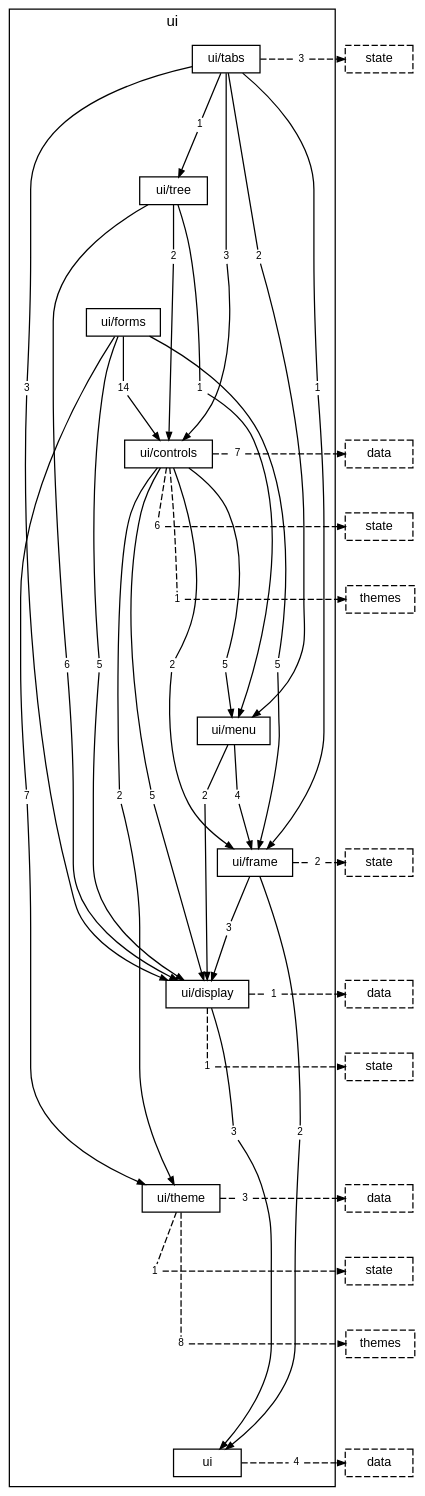
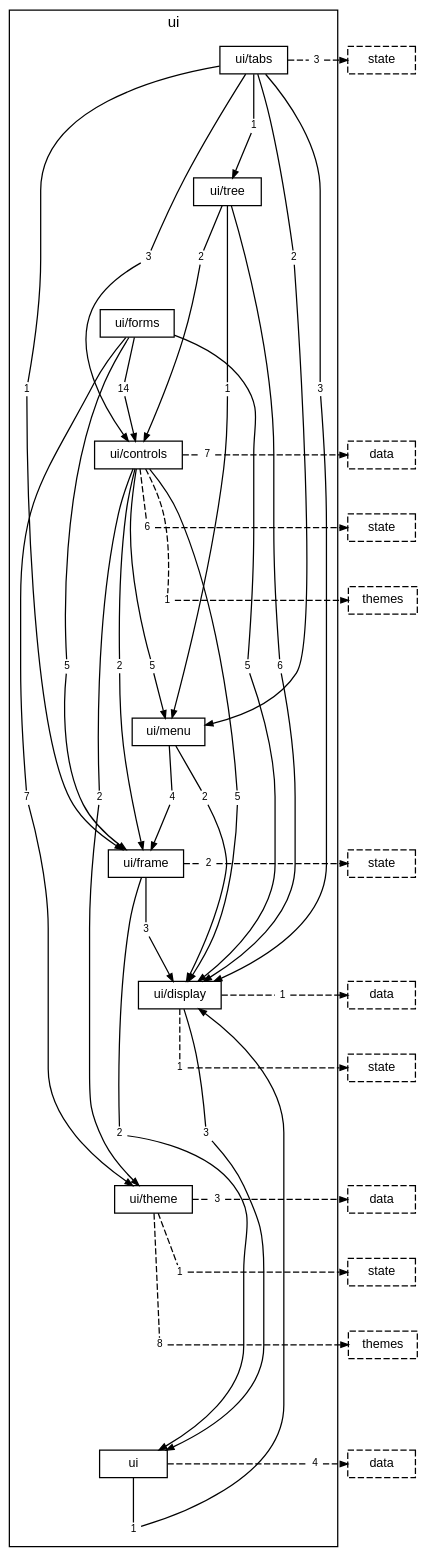
Before and after one commit to TheAxeC/oculus: the diagram in docs/diagrams/layer-ui.dot, drawn with Graphviz. The commit also changed 35 other files, not shown here.

```diff
--- a/docs/diagrams/layer-ui.dot
+++ b/docs/diagrams/layer-ui.dot
@@ -1,143 +1,146 @@
 digraph layer_ui {
     graph [bgcolor="transparent", rankdir=TB, newrank=true, mclimit=4, fontname="Helvetica", fontsize=12, nodesep=0.2, ranksep=0.5];
     node [shape=box, color="black", fontcolor="black", fontname="Helvetica", fontsize=10, height=0.3, margin="0.12,0.04"];
     edge [color="black", fontcolor="black", fontname="Helvetica", fontsize=8, arrowsize=0.6];
     subgraph "cluster_ui" {
         label="ui"; style=solid;
         "folder ui/tabs" [label="ui/tabs"];
         "folder ui/tree" [label="ui/tree"];
         "folder ui/forms" [label="ui/forms"];
         "folder ui/controls" [label="ui/controls"];
         "folder ui/menu" [label="ui/menu"];
         "folder ui/frame" [label="ui/frame"];
         "folder ui/display" [label="ui/display"];
         "folder ui/theme" [label="ui/theme"];
         "folder ui" [label="ui"];
         "folder ui/tabs to folder ui/controls" [label="3", shape=box, color="transparent", fontsize=8, width=0, height=0, margin="0.04,0.02"];
         "folder ui/tabs to folder ui/display" [label="3", shape=box, color="transparent", fontsize=8, width=0, height=0, margin="0.04,0.02"];
         "folder ui/tabs to folder ui/frame" [label="1", shape=box, color="transparent", fontsize=8, width=0, height=0, margin="0.04,0.02"];
         "folder ui/tabs to folder ui/menu" [label="2", shape=box, color="transparent", fontsize=8, width=0, height=0, margin="0.04,0.02"];
         "folder ui/tabs to folder ui/tree" [label="1", shape=box, color="transparent", fontsize=8, width=0, height=0, margin="0.04,0.02"];
         "folder ui/tabs to layer state" [label="3", shape=box, color="transparent", fontsize=8, width=0, height=0, margin="0.04,0.02"];
         "folder ui/tree to folder ui/controls" [label="2", shape=box, color="transparent", fontsize=8, width=0, height=0, margin="0.04,0.02"];
         "folder ui/tree to folder ui/display" [label="6", shape=box, color="transparent", fontsize=8, width=0, height=0, margin="0.04,0.02"];
         "folder ui/tree to folder ui/menu" [label="1", shape=box, color="transparent", fontsize=8, width=0, height=0, margin="0.04,0.02"];
         "folder ui/forms to folder ui/controls" [label="14", shape=box, color="transparent", fontsize=8, width=0, height=0, margin="0.04,0.02"];
         "folder ui/forms to folder ui/display" [label="5", shape=box, color="transparent", fontsize=8, width=0, height=0, margin="0.04,0.02"];
         "folder ui/forms to folder ui/frame" [label="5", shape=box, color="transparent", fontsize=8, width=0, height=0, margin="0.04,0.02"];
         "folder ui/forms to folder ui/theme" [label="7", shape=box, color="transparent", fontsize=8, width=0, height=0, margin="0.04,0.02"];
         "folder ui/controls to folder ui/display" [label="5", shape=box, color="transparent", fontsize=8, width=0, height=0, margin="0.04,0.02"];
         "folder ui/controls to folder ui/frame" [label="2", shape=box, color="transparent", fontsize=8, width=0, height=0, margin="0.04,0.02"];
         "folder ui/controls to folder ui/menu" [label="5", shape=box, color="transparent", fontsize=8, width=0, height=0, margin="0.04,0.02"];
         "folder ui/controls to folder ui/theme" [label="2", shape=box, color="transparent", fontsize=8, width=0, height=0, margin="0.04,0.02"];
         "folder ui/controls to layer data" [label="7", shape=box, color="transparent", fontsize=8, width=0, height=0, margin="0.04,0.02"];
         "folder ui/controls to layer state" [label="6", shape=box, color="transparent", fontsize=8, width=0, height=0, margin="0.04,0.02"];
         "folder ui/controls to layer themes" [label="1", shape=box, color="transparent", fontsize=8, width=0, height=0, margin="0.04,0.02"];
         "folder ui/menu to folder ui/display" [label="2", shape=box, color="transparent", fontsize=8, width=0, height=0, margin="0.04,0.02"];
         "folder ui/menu to folder ui/frame" [label="4", shape=box, color="transparent", fontsize=8, width=0, height=0, margin="0.04,0.02"];
         "folder ui/frame to folder ui" [label="2", shape=box, color="transparent", fontsize=8, width=0, height=0, margin="0.04,0.02"];
         "folder ui/frame to folder ui/display" [label="3", shape=box, color="transparent", fontsize=8, width=0, height=0, margin="0.04,0.02"];
         "folder ui/frame to layer state" [label="2", shape=box, color="transparent", fontsize=8, width=0, height=0, margin="0.04,0.02"];
         "folder ui/display to folder ui" [label="3", shape=box, color="transparent", fontsize=8, width=0, height=0, margin="0.04,0.02"];
         "folder ui/display to layer data" [label="1", shape=box, color="transparent", fontsize=8, width=0, height=0, margin="0.04,0.02"];
         "folder ui/display to layer state" [label="1", shape=box, color="transparent", fontsize=8, width=0, height=0, margin="0.04,0.02"];
         "folder ui/theme to layer data" [label="3", shape=box, color="transparent", fontsize=8, width=0, height=0, margin="0.04,0.02"];
         "folder ui/theme to layer state" [label="1", shape=box, color="transparent", fontsize=8, width=0, height=0, margin="0.04,0.02"];
         "folder ui/theme to layer themes" [label="8", shape=box, color="transparent", fontsize=8, width=0, height=0, margin="0.04,0.02"];
+        "folder ui to folder ui/display" [label="1", shape=box, color="transparent", fontsize=8, width=0, height=0, margin="0.04,0.02"];
         "folder ui to layer data" [label="4", shape=box, color="transparent", fontsize=8, width=0, height=0, margin="0.04,0.02"];
     }
     "layer state from folder ui/tabs" [label="state", style=dashed];
     "layer data from folder ui/controls" [label="data", style=dashed];
     "layer state from folder ui/controls" [label="state", style=dashed];
     "layer themes from folder ui/controls" [label="themes", style=dashed];
     "layer state from folder ui/frame" [label="state", style=dashed];
     "layer data from folder ui/display" [label="data", style=dashed];
     "layer state from folder ui/display" [label="state", style=dashed];
     "layer data from folder ui/theme" [label="data", style=dashed];
     "layer state from folder ui/theme" [label="state", style=dashed];
     "layer themes from folder ui/theme" [label="themes", style=dashed];
     "layer data from folder ui" [label="data", style=dashed];
     "folder ui/tabs" -> "folder ui/tree" [style=invis, weight=10, minlen=2];
     "folder ui/tree" -> "folder ui/forms" [style=invis, weight=10, minlen=2];
     "folder ui/forms" -> "folder ui/controls" [style=invis, weight=10, minlen=2];
     "folder ui/controls" -> "folder ui/menu" [style=invis, weight=10, minlen=4];
     "folder ui/menu" -> "folder ui/frame" [style=invis, weight=10, minlen=2];
     "folder ui/frame" -> "folder ui/display" [style=invis, weight=10, minlen=2];
     "folder ui/display" -> "folder ui/theme" [style=invis, weight=10, minlen=3];
     "folder ui/theme" -> "folder ui" [style=invis, weight=10, minlen=4];
     "folder ui/tabs" -> "folder ui/tabs to folder ui/controls" [arrowhead=none, minlen=3, weight=10];
     "folder ui/tabs to folder ui/controls" -> "folder ui/controls" [];
     "folder ui/tabs" -> "folder ui/tabs to folder ui/display" [arrowhead=none, minlen=5, weight=10];
     "folder ui/tabs to folder ui/display" -> "folder ui/display" [];
     "folder ui/tabs" -> "folder ui/tabs to folder ui/frame" [arrowhead=none, minlen=5, weight=10];
     "folder ui/tabs to folder ui/frame" -> "folder ui/frame" [];
     "folder ui/tabs" -> "folder ui/tabs to folder ui/menu" [arrowhead=none, minlen=3, weight=10];
     "folder ui/tabs to folder ui/menu" -> "folder ui/menu" [];
     "folder ui/tabs" -> "folder ui/tabs to folder ui/tree" [arrowhead=none, minlen=1, weight=10];
     "folder ui/tabs to folder ui/tree" -> "folder ui/tree" [];
     "folder ui/tabs" -> "folder ui/tabs to layer state" [arrowhead=none, style=dashed];
     "folder ui/tabs to layer state" -> "layer state from folder ui/tabs" [style=dashed];
     { rank=same; "folder ui/tabs"; "folder ui/tabs to layer state"; "layer state from folder ui/tabs"; }
     "folder ui/tree" -> "folder ui/tree to folder ui/controls" [arrowhead=none, minlen=1, weight=10];
     "folder ui/tree to folder ui/controls" -> "folder ui/controls" [];
     "folder ui/tree" -> "folder ui/tree to folder ui/display" [arrowhead=none, minlen=7, weight=10];
     "folder ui/tree to folder ui/display" -> "folder ui/display" [];
     "folder ui/tree" -> "folder ui/tree to folder ui/menu" [arrowhead=none, minlen=3, weight=10];
     "folder ui/tree to folder ui/menu" -> "folder ui/menu" [];
     "folder ui/forms" -> "folder ui/forms to folder ui/controls" [arrowhead=none, minlen=1, weight=10];
     "folder ui/forms to folder ui/controls" -> "folder ui/controls" [];
     "folder ui/forms" -> "folder ui/forms to folder ui/display" [arrowhead=none, minlen=5, weight=10];
     "folder ui/forms to folder ui/display" -> "folder ui/display" [];
     "folder ui/forms" -> "folder ui/forms to folder ui/frame" [arrowhead=none, minlen=5, weight=10];
     "folder ui/forms to folder ui/frame" -> "folder ui/frame" [];
     "folder ui/forms" -> "folder ui/forms to folder ui/theme" [arrowhead=none, minlen=7, weight=10];
     "folder ui/forms to folder ui/theme" -> "folder ui/theme" [];
     "folder ui/controls" -> "folder ui/controls to folder ui/display" [arrowhead=none, minlen=5, weight=10];
     "folder ui/controls to folder ui/display" -> "folder ui/display" [];
     "folder ui/controls" -> "folder ui/controls to folder ui/frame" [arrowhead=none, minlen=3, weight=10];
     "folder ui/controls to folder ui/frame" -> "folder ui/frame" [];
     "folder ui/controls" -> "folder ui/controls to folder ui/menu" [arrowhead=none, minlen=3, weight=10];
     "folder ui/controls to folder ui/menu" -> "folder ui/menu" [];
     "folder ui/controls" -> "folder ui/controls to folder ui/theme" [arrowhead=none, minlen=5, weight=10];
     "folder ui/controls to folder ui/theme" -> "folder ui/theme" [];
     "folder ui/controls" -> "folder ui/controls to layer data" [arrowhead=none, style=dashed];
     "folder ui/controls to layer data" -> "layer data from folder ui/controls" [style=dashed];
     { rank=same; "folder ui/controls"; "folder ui/controls to layer data"; "layer data from folder ui/controls"; }
     "folder ui/controls" -> "folder ui/controls to layer state" [arrowhead=none, style=dashed, minlen=1, weight=10];
     "folder ui/controls to layer state" -> "layer state from folder ui/controls" [style=dashed];
     { rank=same; "folder ui/controls to layer state"; "layer state from folder ui/controls"; }
     "folder ui/controls" -> "folder ui/controls to layer themes" [arrowhead=none, style=dashed, minlen=2, weight=10];
     "folder ui/controls to layer themes" -> "layer themes from folder ui/controls" [style=dashed];
     { rank=same; "folder ui/controls to layer themes"; "layer themes from folder ui/controls"; }
     "folder ui/menu" -> "folder ui/menu to folder ui/display" [arrowhead=none, minlen=1, weight=10];
     "folder ui/menu to folder ui/display" -> "folder ui/display" [];
     "folder ui/menu" -> "folder ui/menu to folder ui/frame" [arrowhead=none, minlen=1, weight=10];
     "folder ui/menu to folder ui/frame" -> "folder ui/frame" [];
     "folder ui/frame" -> "folder ui/frame to folder ui" [arrowhead=none, minlen=4, weight=10];
     "folder ui/frame to folder ui" -> "folder ui" [];
     "folder ui/frame" -> "folder ui/frame to folder ui/display" [arrowhead=none, minlen=1, weight=10];
     "folder ui/frame to folder ui/display" -> "folder ui/display" [];
     "folder ui/frame" -> "folder ui/frame to layer state" [arrowhead=none, style=dashed];
     "folder ui/frame to layer state" -> "layer state from folder ui/frame" [style=dashed];
     { rank=same; "folder ui/frame"; "folder ui/frame to layer state"; "layer state from folder ui/frame"; }
     "folder ui/display" -> "folder ui/display to folder ui" [arrowhead=none, minlen=2, weight=10];
     "folder ui/display to folder ui" -> "folder ui" [];
     "folder ui/display" -> "folder ui/display to layer data" [arrowhead=none, style=dashed];
     "folder ui/display to layer data" -> "layer data from folder ui/display" [style=dashed];
     { rank=same; "folder ui/display"; "folder ui/display to layer data"; "layer data from folder ui/display"; }
     "folder ui/display" -> "folder ui/display to layer state" [arrowhead=none, style=dashed, minlen=1, weight=10];
     "folder ui/display to layer state" -> "layer state from folder ui/display" [style=dashed];
     { rank=same; "folder ui/display to layer state"; "layer state from folder ui/display"; }
     "folder ui/theme" -> "folder ui/theme to layer data" [arrowhead=none, style=dashed];
     "folder ui/theme to layer data" -> "layer data from folder ui/theme" [style=dashed];
     { rank=same; "folder ui/theme"; "folder ui/theme to layer data"; "layer data from folder ui/theme"; }
     "folder ui/theme" -> "folder ui/theme to layer state" [arrowhead=none, style=dashed, minlen=1, weight=10];
     "folder ui/theme to layer state" -> "layer state from folder ui/theme" [style=dashed];
     { rank=same; "folder ui/theme to layer state"; "layer state from folder ui/theme"; }
     "folder ui/theme" -> "folder ui/theme to layer themes" [arrowhead=none, style=dashed, minlen=2, weight=10];
     "folder ui/theme to layer themes" -> "layer themes from folder ui/theme" [style=dashed];
     { rank=same; "folder ui/theme to layer themes"; "layer themes from folder ui/theme"; }
+    "folder ui" -> "folder ui to folder ui/display" [arrowhead=none, minlen=1, weight=10];
+    "folder ui to folder ui/display" -> "folder ui/display" [];
     "folder ui" -> "folder ui to layer data" [arrowhead=none, style=dashed];
     "folder ui to layer data" -> "layer data from folder ui" [style=dashed];
     { rank=same; "folder ui"; "folder ui to layer data"; "layer data from folder ui"; }
 }
```
